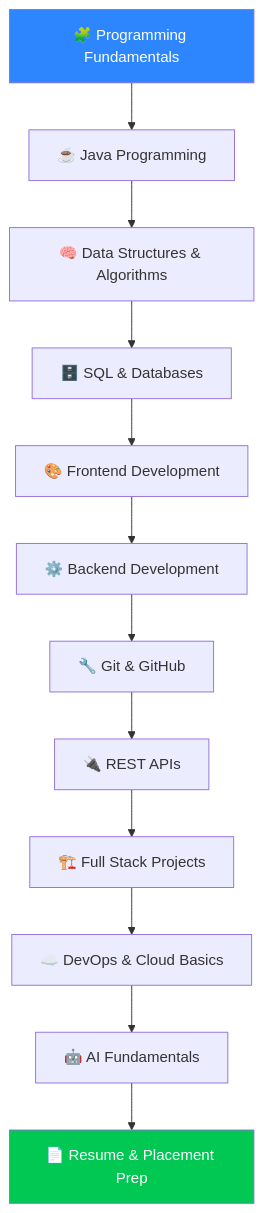
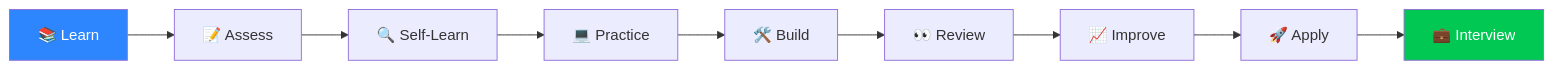
Before and after one commit to divakar-srinivasan/Learning_Materials: the diagram in README.md, drawn with Mermaid. The commit also changed other lines of this file, not shown here.

````diff
--- a/README.md
+++ b/README.md
@@ -28,17 +42,14 @@
 ```mermaid
-flowchart TD
-    A["🧩 Programming Fundamentals"] --> B["☕ Java Programming"]
-    B --> C["🧠 Data Structures & Algorithms"]
-    C --> D["🗄️ SQL & Databases"]
-    D --> E["🎨 Frontend Development"]
-    E --> F["⚙️ Backend Development"]
-    F --> G["🔧 Git & GitHub"]
-    G --> H["🔌 REST APIs"]
-    H --> I["🏗️ Full Stack Projects"]
-    I --> J["☁️ DevOps & Cloud Basics"]
-    J --> K["🤖 AI Fundamentals"]
-    K --> L["📄 Resume & Placement Prep"]
+flowchart LR
+    A["📚 Learn"] --> B["📝 Assess"]
+    B --> C["🔍 Self-Learn"]
+    C --> D["💻 Practice"]
+    D --> E["🛠️ Build"]
+    E --> F["👀 Review"]
+    F --> G["📈 Improve"]
+    G --> H["🚀 Apply"]
+    H --> I["💼 Interview"]
 
     style A fill:#2E86FF,color:#fff
-    style L fill:#00C853,color:#fff
+    style I fill:#00C853,color:#fff
 ```
````
